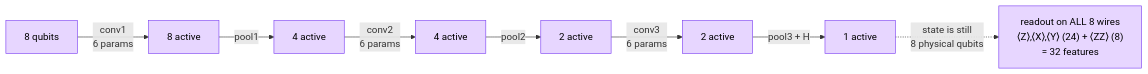
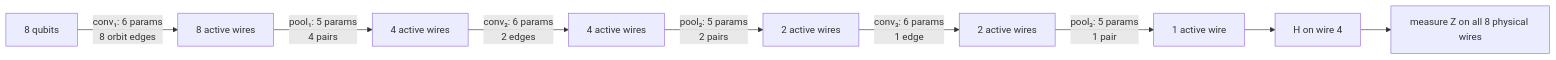
Before and after one commit to sushmanthreddy/deeplense-quantum: the second of 2 diagrams in README.md, drawn with Mermaid. The commit also changed other lines of this file, not shown here.

````diff
--- a/README.md
+++ b/README.md
@@ -90,13 +87,11 @@
 ```mermaid
 flowchart LR
-    Q8["8 qubits"] -->|conv1<br/>6 params| C1["8 active"]
-    C1 -->|pool1| Q4["4 active"]
-    Q4 -->|conv2<br/>6 params| C2["4 active"]
-    C2 -->|pool2| Q2["2 active"]
-    Q2 -->|conv3<br/>6 params| C3["2 active"]
-    C3 -->|pool3 + H| Q1["1 active"]
-    Q1 -.->|state is still<br/>8 physical qubits| R["readout on ALL 8 wires<br/>⟨Z⟩,⟨X⟩,⟨Y⟩ (24) + ⟨ZZ⟩ (8)<br/>= 32 features"]
-
-    classDef quantum fill:#e7d6ff,stroke:#7b3ff2,color:#000;
-    class Q8,C1,Q4,C2,Q2,C3,Q1,R quantum;
+    Q8["8 qubits"] -->|"conv₁: 6 params<br/>8 orbit edges"| C8["8 active wires"]
+    C8 -->|"pool₁: 5 params<br/>4 pairs"| Q4["4 active wires"]
+    Q4 -->|"conv₂: 6 params<br/>2 edges"| C4["4 active wires"]
+    C4 -->|"pool₂: 5 params<br/>2 pairs"| Q2["2 active wires"]
+    Q2 -->|"conv₃: 6 params<br/>1 edge"| C2["2 active wires"]
+    C2 -->|"pool₃: 5 params<br/>1 pair"| Q1["1 active wire"]
+    Q1 --> H4["H on wire 4"]
+    H4 --> Z["measure Z on all 8 physical wires"]
 ```
````
